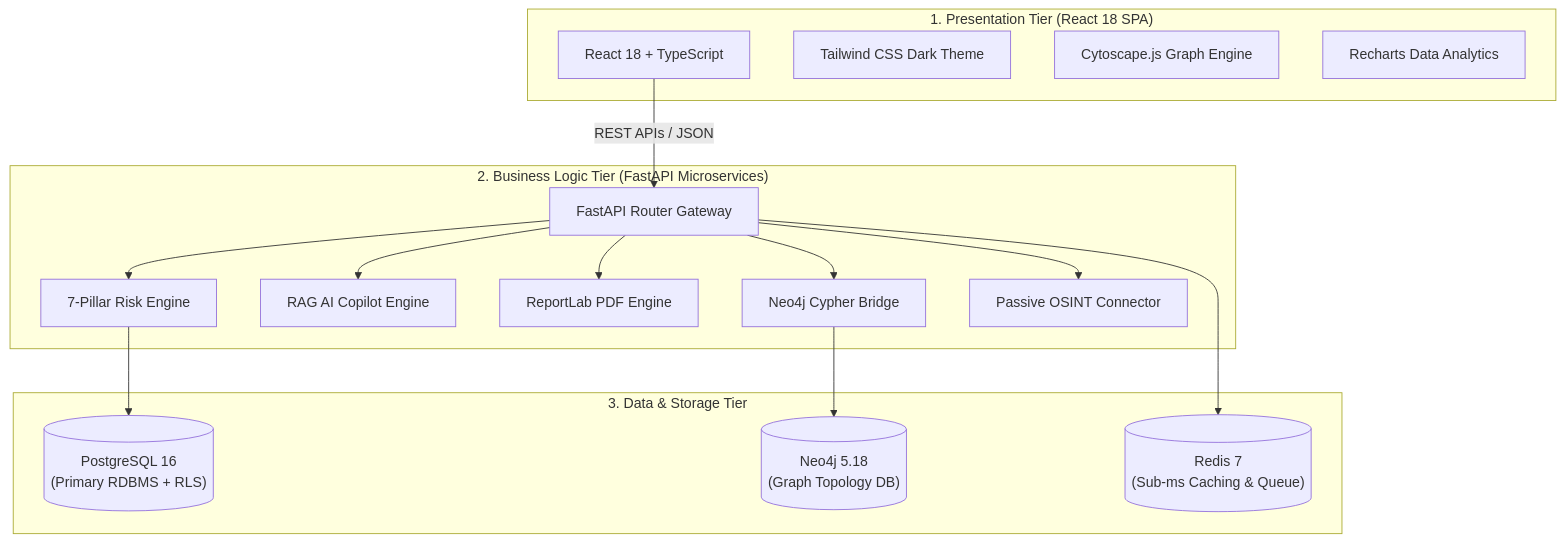
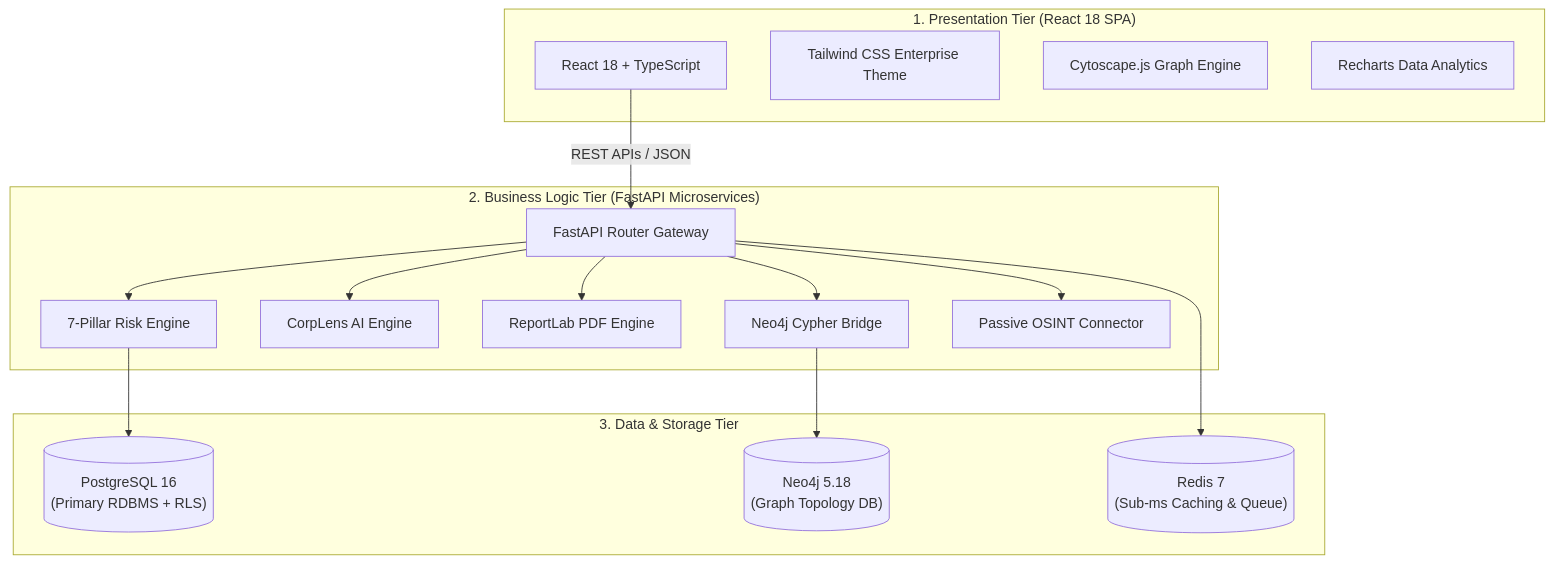
One commit to amn2905/CorpLens_One changed the diagram in docs/ARCHITECTURE_GUIDE.md. Above: the diagram before and after it, drawn with Mermaid. The commit also changed other lines of this file and 54 other files, not shown here.

Commit message:
feat(release): CorpLens One v1.0.0 branding refactor, production cleanup & enterprise docs rewrite

````diff
--- a/docs/ARCHITECTURE_GUIDE.md
+++ b/docs/ARCHITECTURE_GUIDE.md
@@ -21,35 +21,35 @@
 ```mermaid
 graph TD
     subgraph Presentation ["1. Presentation Tier (React 18 SPA)"]
         UI[React 18 + TypeScript]
-        Tailwind[Tailwind CSS Dark Theme]
+        Tailwind[Tailwind CSS Enterprise Theme]
         Cyto[Cytoscape.js Graph Engine]
         Recharts[Recharts Data Analytics]
     end
 
     subgraph BusinessLogic ["2. Business Logic Tier (FastAPI Microservices)"]
         API[FastAPI Router Gateway]
         RiskEng[7-Pillar Risk Engine]
-        RAG[RAG AI Copilot Engine]
+        RAG[CorpLens AI Engine]
         ReportEng[ReportLab PDF Engine]
         GraphSvc[Neo4j Cypher Bridge]
         OSINT[Passive OSINT Connector]
     end
 
     subgraph DataTier ["3. Data & Storage Tier"]
         PG[("PostgreSQL 16\n(Primary RDBMS + RLS)")]
         Neo[("Neo4j 5.18\n(Graph Topology DB)")]
         Redis[("Redis 7\n(Sub-ms Caching & Queue)")]
     end
 
     UI -->|REST APIs / JSON| API
     API --> RiskEng
     API --> RAG
     API --> ReportEng
     API --> GraphSvc
     API --> OSINT
 
     RiskEng --> PG
     GraphSvc --> Neo
     API --> Redis
 ```
````
